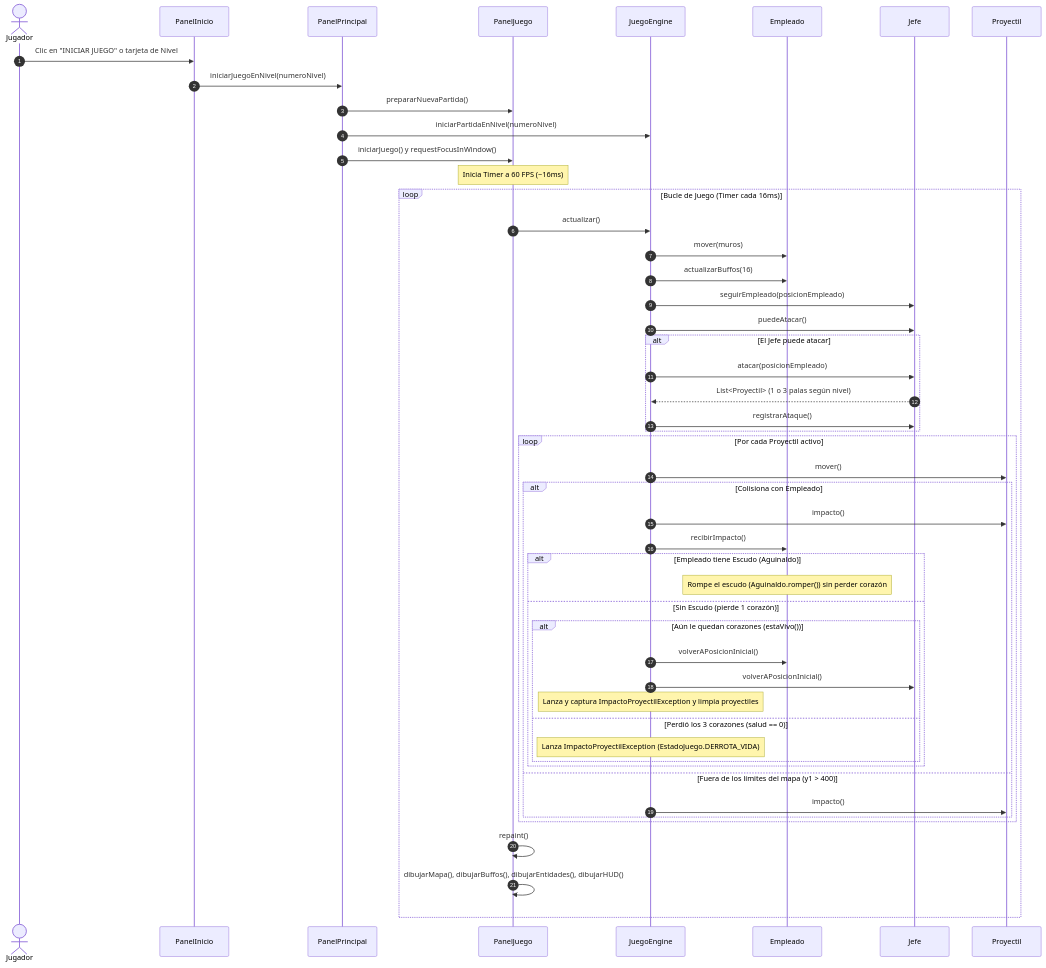
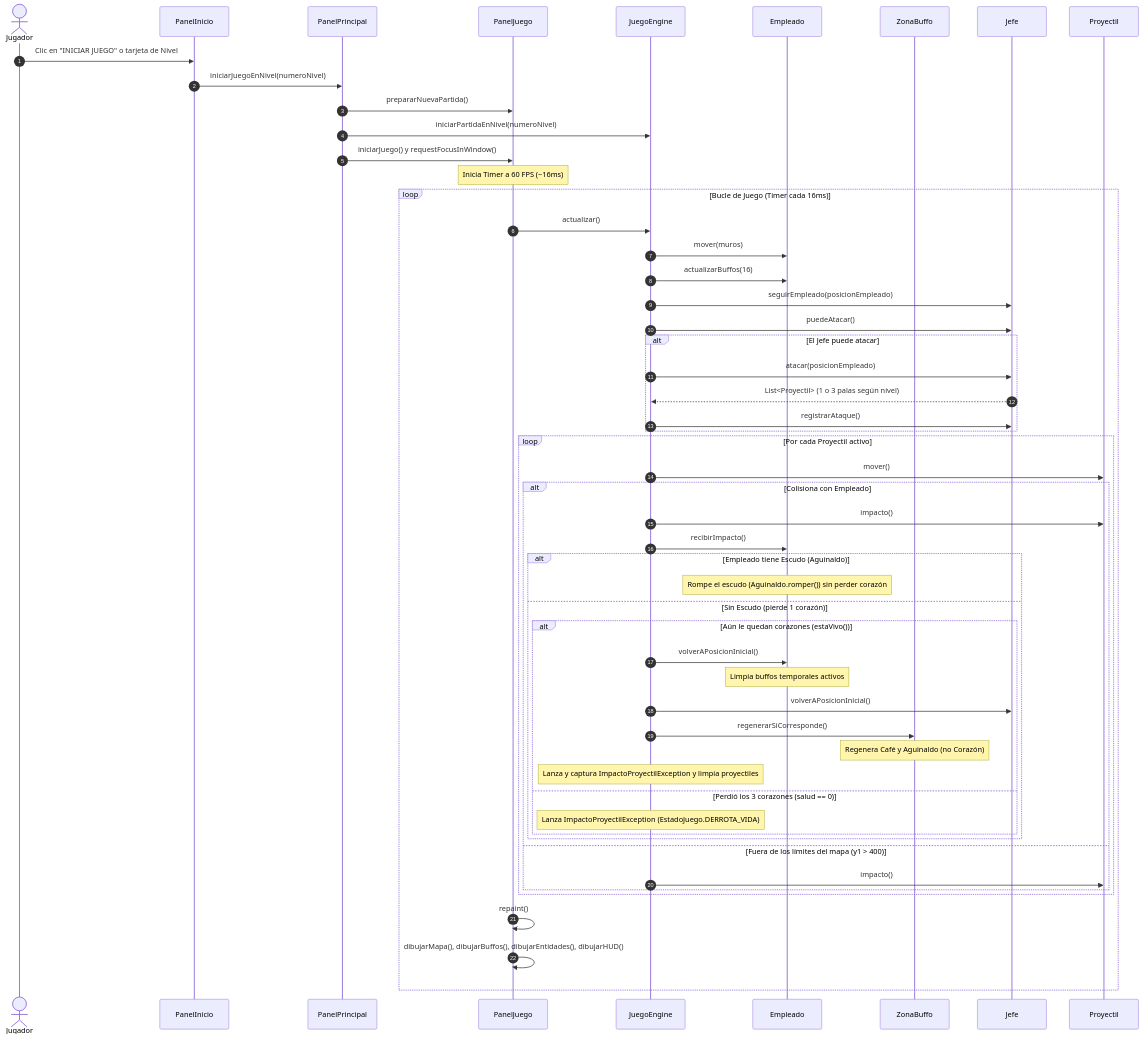
The third of 3 diagrams in docs/README.md (EspondaEmiliano/El-One-Piece-POO), drawn with Mermaid before and after one commit. The commit also changed other lines of this file and 11 other files, not shown here.

Commit message:
feat(buffos): regenerar cafe y aguinaldo al volver al inicio y actualizar docs

````diff
--- a/docs/README.md
+++ b/docs/README.md
@@ -500,64 +512,68 @@
 ```mermaid
 sequenceDiagram
     autonumber
     actor Jugador
     participant PI as PanelInicio
     participant PP as PanelPrincipal
     participant PJ as PanelJuego
     participant JE as JuegoEngine
     participant E as Empleado
+    participant ZB as ZonaBuffo
     participant J as Jefe
     participant P as Proyectil
 
     %% 1. Inicio de partida
     Jugador->>PI: Clic en "INICIAR JUEGO" o tarjeta de Nivel
     PI->>PP: iniciarJuegoEnNivel(numeroNivel)
     PP->>PJ: prepararNuevaPartida()
     PP->>JE: iniciarPartidaEnNivel(numeroNivel)
     PP->>PJ: iniciarJuego() y requestFocusInWindow()
     Note over PJ: Inicia Timer a 60 FPS (~16ms)
 
     %% 2. Ciclo de actualización (Game Loop)
     loop Bucle de Juego (Timer cada 16ms)
         PJ->>JE: actualizar()
         
         %% Movimiento Empleado
         JE->>E: mover(muros)
         JE->>E: actualizarBuffos(16)
         
         %% Jefe e IA
         JE->>J: seguirEmpleado(posicionEmpleado)
         JE->>J: puedeAtacar()
         alt El Jefe puede atacar
             JE->>J: atacar(posicionEmpleado)
             J-->>JE: List<Proyectil> (1 o 3 palas según nivel)
             JE->>J: registrarAtaque()
         end
 
         %% Balística y Colisiones
         loop Por cada Proyectil activo
             JE->>P: mover()
             alt Colisiona con Empleado
                 JE->>P: impacto()
                 JE->>E: recibirImpacto()
                 alt Empleado tiene Escudo (Aguinaldo)
                     Note over E: Rompe el escudo (Aguinaldo.romper()) sin perder corazón
                 else Sin Escudo (pierde 1 corazón)
                     alt Aún le quedan corazones (estaVivo())
                         JE->>E: volverAPosicionInicial()
+                        Note over E: Limpia buffos temporales activos
                         JE->>J: volverAPosicionInicial()
+                        JE->>ZB: regenerarSiCorresponde()
+                        Note over ZB: Regenera Café y Aguinaldo (no Corazón)
                         Note over JE: Lanza y captura ImpactoProyectilException y limpia proyectiles
                     else Perdió los 3 corazones (salud == 0)
                         Note over JE: Lanza ImpactoProyectilException (EstadoJuego.DERROTA_VIDA)
                     end
                 end
             else Fuera de los límites del mapa (y1 > 400)
                 JE->>P: impacto()
             end
         end
 
         %% 3. Redibujado en pantalla
         PJ->>PJ: repaint()
         PJ->>PJ: dibujarMapa(), dibujarBuffos(), dibujarEntidades(), dibujarHUD()
     end
 ```
````
